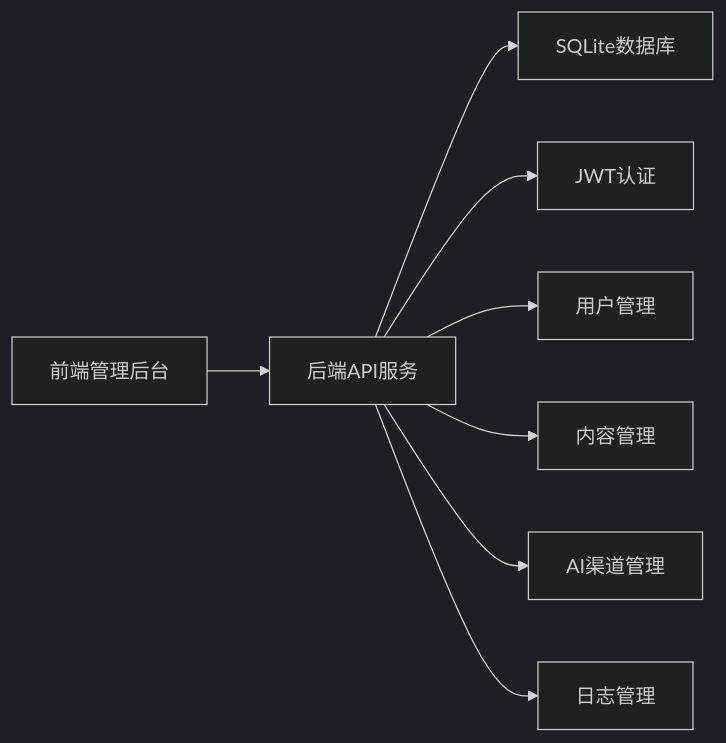
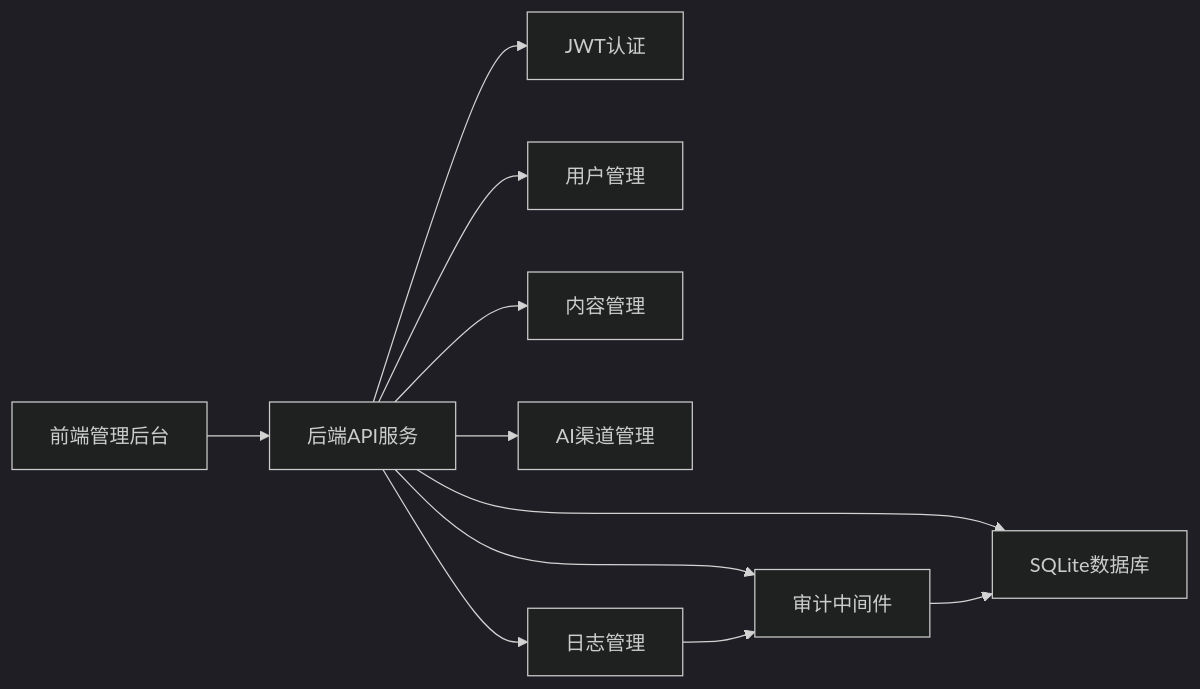
One commit to hx631580609-web/zsts-cms changed the tenth of 10 diagrams in .qoder/repowiki/zh/content/管理后台系统/管理后台系统.md. Above: the diagram before and after it, drawn with Mermaid (dark theme). The commit also changed other lines of this file and 11 other files, not shown here.

````diff
--- a/.qoder/repowiki/zh/content/管理后台系统/管理后台系统.md
+++ b/.qoder/repowiki/zh/content/管理后台系统/管理后台系统.md
@@ -305,18 +391,22 @@
 ```mermaid
 graph LR
 Frontend["前端管理后台"]
 Backend["后端API服务"]
 Database["SQLite数据库"]
 Auth["JWT认证"]
 Users["用户管理"]
 Content["内容管理"]
 AI["AI渠道管理"]
 Logs["日志管理"]
+Audit["审计中间件"]
 Frontend --> Backend
 Backend --> Database
 Backend --> Auth
 Backend --> Users
 Backend --> Content
 Backend --> AI
 Backend --> Logs
+Backend --> Audit
+Logs --> Audit
+Audit --> Database
 ```
````
